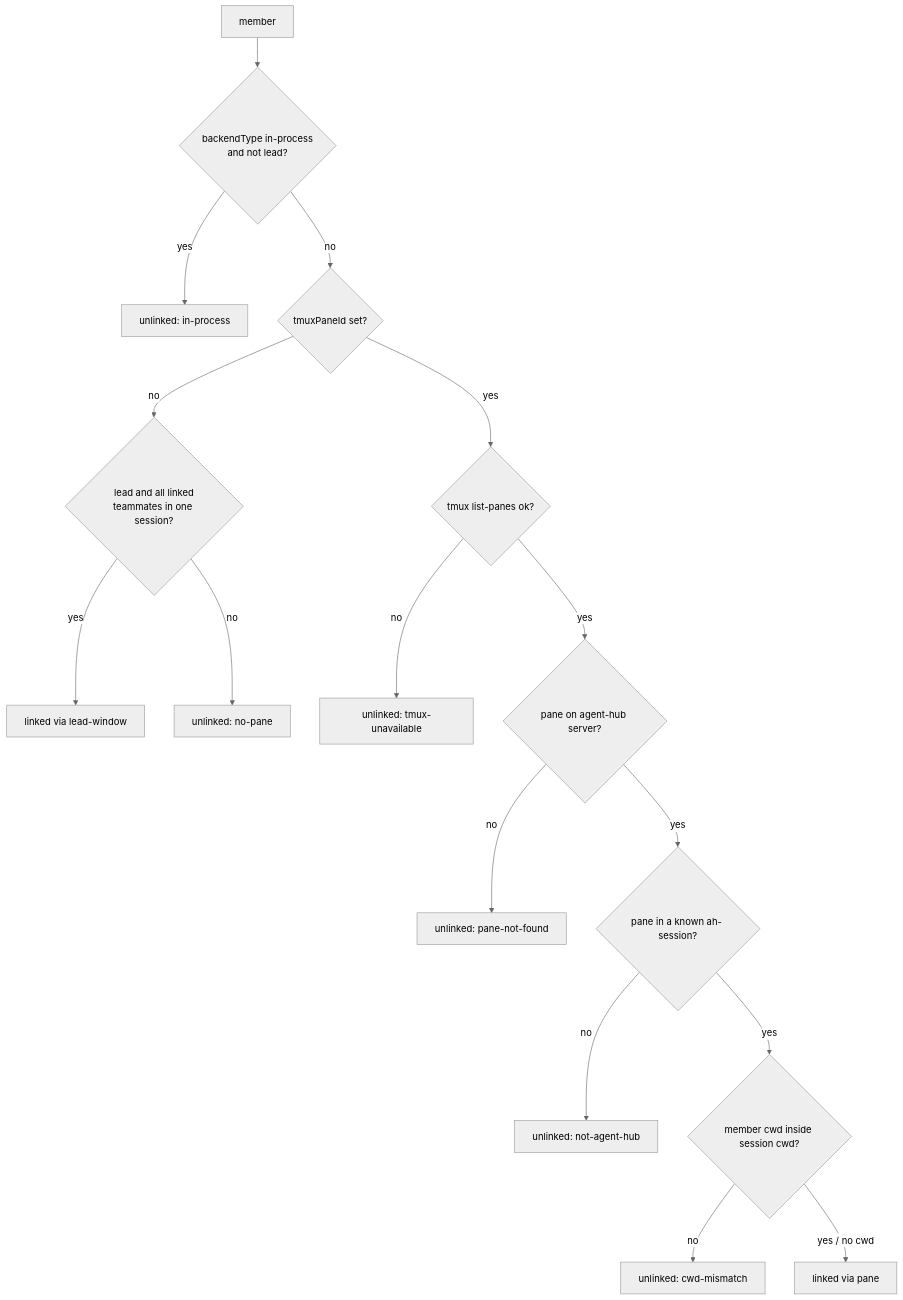
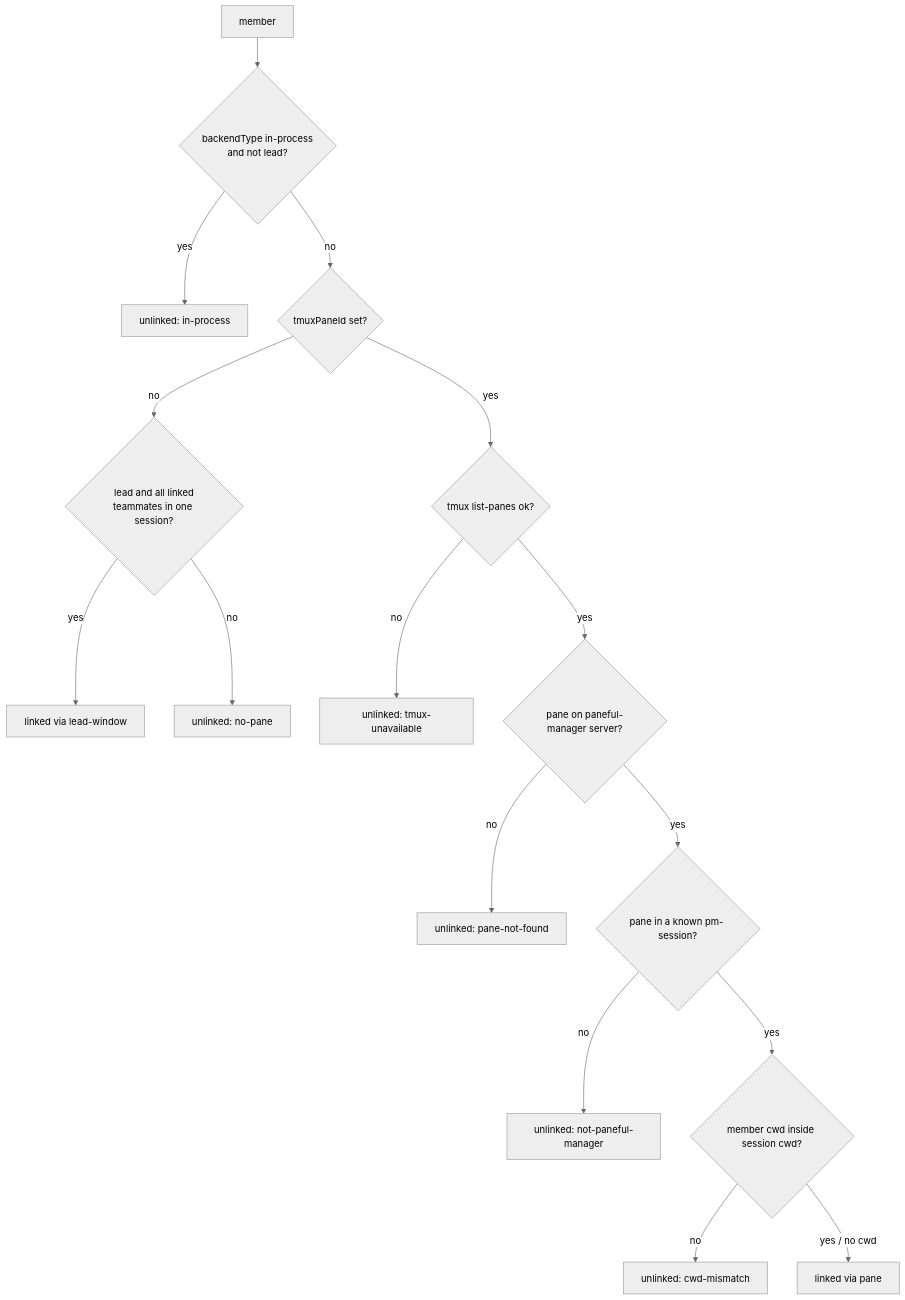
The second of 2 diagrams in docs/adr/0010-agent-teams.md (Dev-Sebi/Paneful-Manager), drawn with Mermaid (neutral theme) before and after one commit. The commit also changed other lines of this file and 42 other files, not shown here.

Commit message:
refactor: renamed agent hub to paneful manager in the docs and examples @1m

````diff
--- a/docs/adr/0010-agent-teams.md
+++ b/docs/adr/0010-agent-teams.md
@@ -116,18 +116,18 @@
 ```mermaid
 flowchart TD
     M[member] --> IP{backendType in-process<br/>and not lead?}
     IP -- yes --> U1[unlinked: in-process]
     IP -- no --> P{tmuxPaneId set?}
     P -- no --> L{lead and all linked<br/>teammates in one session?}
     L -- yes --> LW[linked via lead-window]
     L -- no --> U2[unlinked: no-pane]
     P -- yes --> T{tmux list-panes ok?}
     T -- no --> U3[unlinked: tmux-unavailable]
-    T -- yes --> F{pane on agent-hub server?}
+    T -- yes --> F{pane on paneful-manager server?}
     F -- no --> U4[unlinked: pane-not-found]
-    F -- yes --> S{pane in a known ah- session?}
-    S -- no --> U5[unlinked: not-agent-hub]
+    F -- yes --> S{pane in a known pm- session?}
+    S -- no --> U5[unlinked: not-paneful-manager]
     S -- yes --> C{member cwd inside session cwd?}
     C -- no --> U6[unlinked: cwd-mismatch]
     C -- yes / no cwd --> LP[linked via pane]
 ```
````
